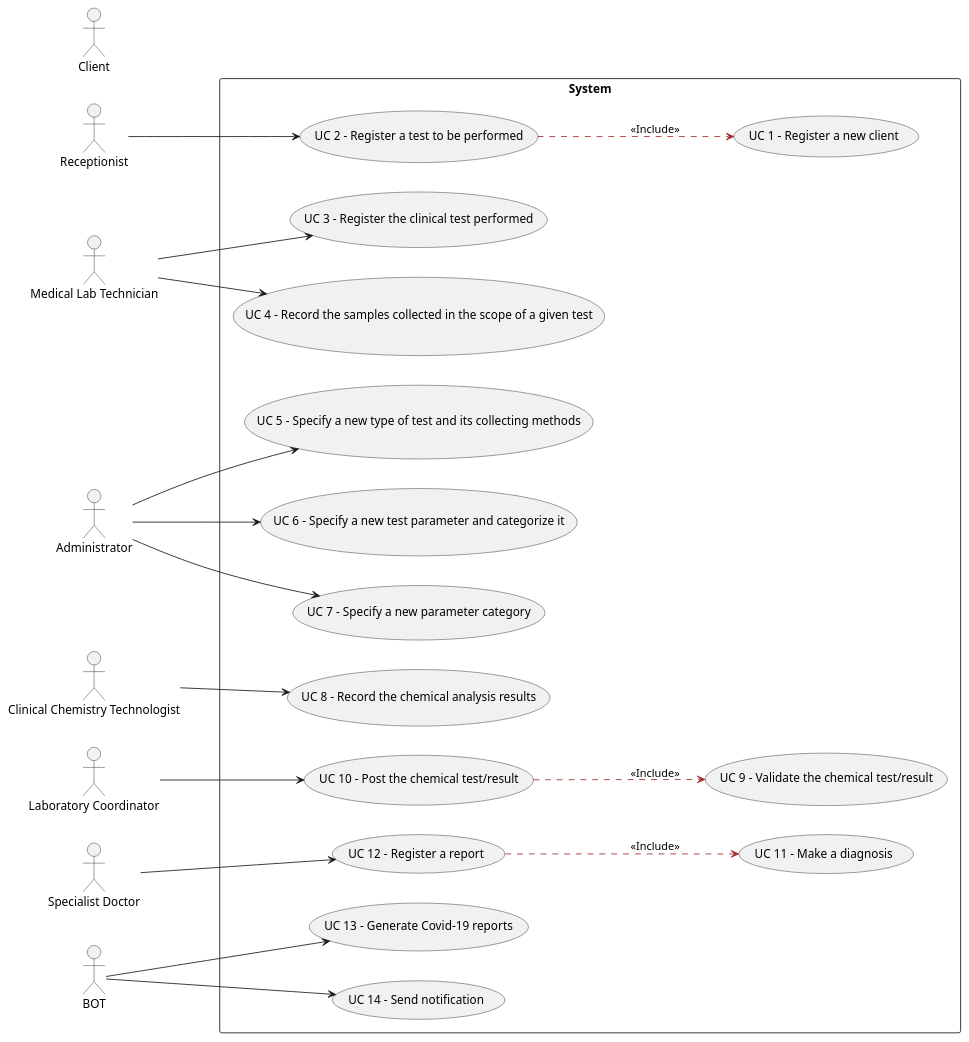
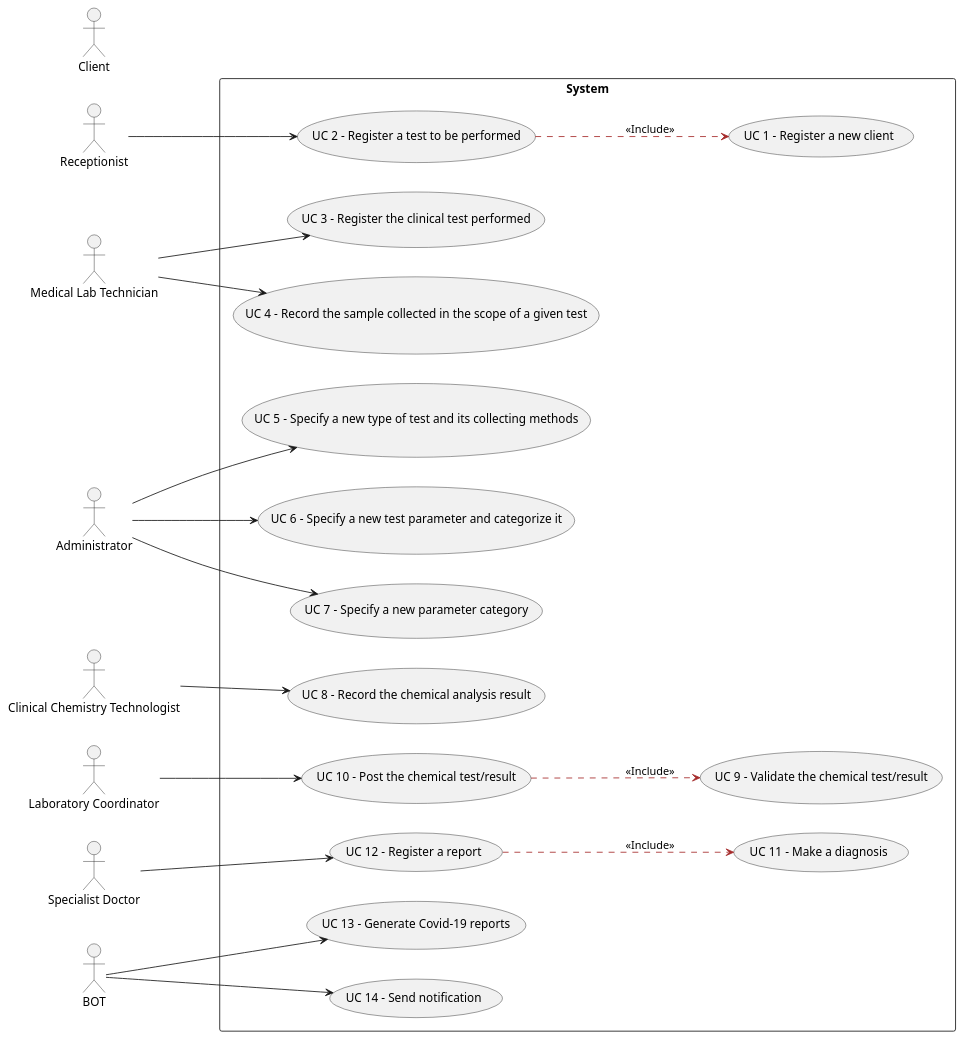
The diagram in docs/SprintB/Use Case Diagram.puml (ana-albergaria/LAPR2-ISEP), drawn with PlantUML before and after one commit. The commit also changed 1 other file, not shown here.

```diff
--- a/docs/SprintB/Use Case Diagram.puml
+++ b/docs/SprintB/Use Case Diagram.puml
@@ -1,34 +1,34 @@
 @startuml
 
 left to right direction
 skinparam packageStyle rectangle
 actor Receptionist
 actor "Medical Lab Technician" as MLT
 actor Administrator
 actor "Clinical Chemistry Technologist" as CCT
 actor "Laboratory Coordinator" as LC
 actor "Specialist Doctor" as SD
 actor Client
 actor BOT
 
 
 
 rectangle System {
 Receptionist --> (UC 2 - Register a test to be performed)
 (UC 2 - Register a test to be performed) --> (UC 1 - Register a new client) #brown;line.dashed;text:black : <<Include>>
 MLT --> (UC 3 - Register the clinical test performed)
-MLT --> (UC 4 - Record the samples collected in the scope of a given test)
-CCT --> (UC 8 - Record the chemical analysis results)
+MLT --> (UC 4 - Record the sample collected in the scope of a given test)
+CCT --> (UC 8 - Record the chemical analysis result)
 Administrator --> (UC 5 - Specify a new type of test and its collecting methods)
 Administrator --> (UC 6 - Specify a new test parameter and categorize it)
 Administrator --> (UC 7 - Specify a new parameter category)
 SD --> (UC 12 - Register a report)
 LC --> (UC 10 - Post the chemical test/result)
 (UC 10 - Post the chemical test/result) --> (UC 9 - Validate the chemical test/result) #brown;line.dashed;text:black : <<Include>>
 BOT --> (UC 13 - Generate Covid-19 reports)
 BOT --> (UC 14 - Send notification)
 (UC 12 - Register a report) --> (UC 11 - Make a diagnosis) #brown;line.dashed;text:black : <<Include>>
 }
 
 
 @enduml
```
